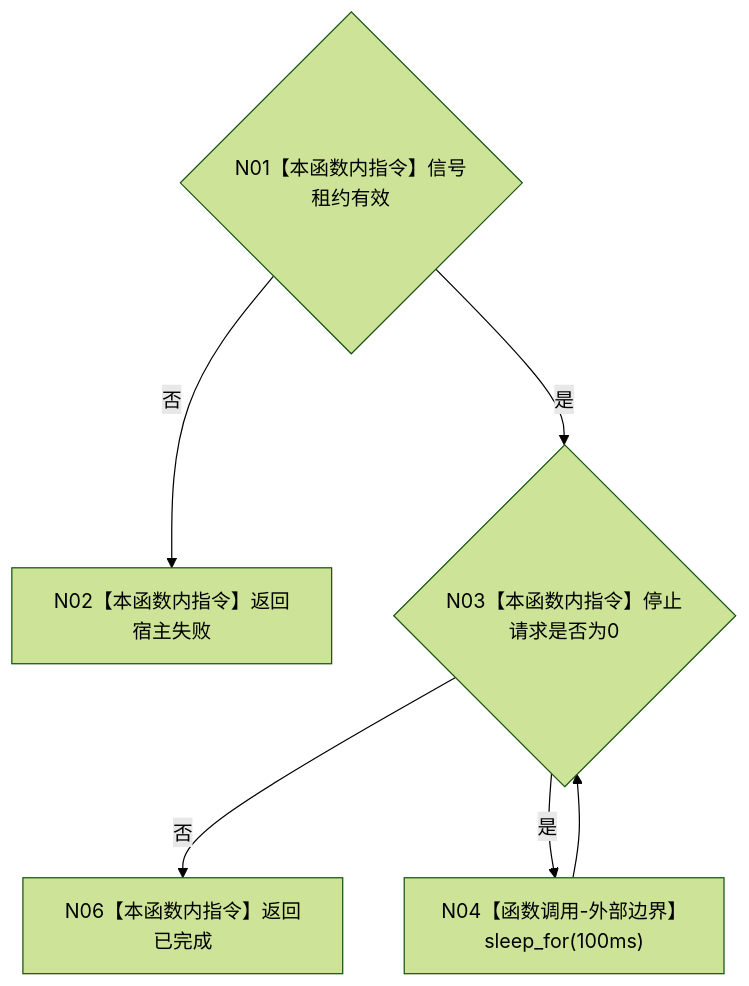
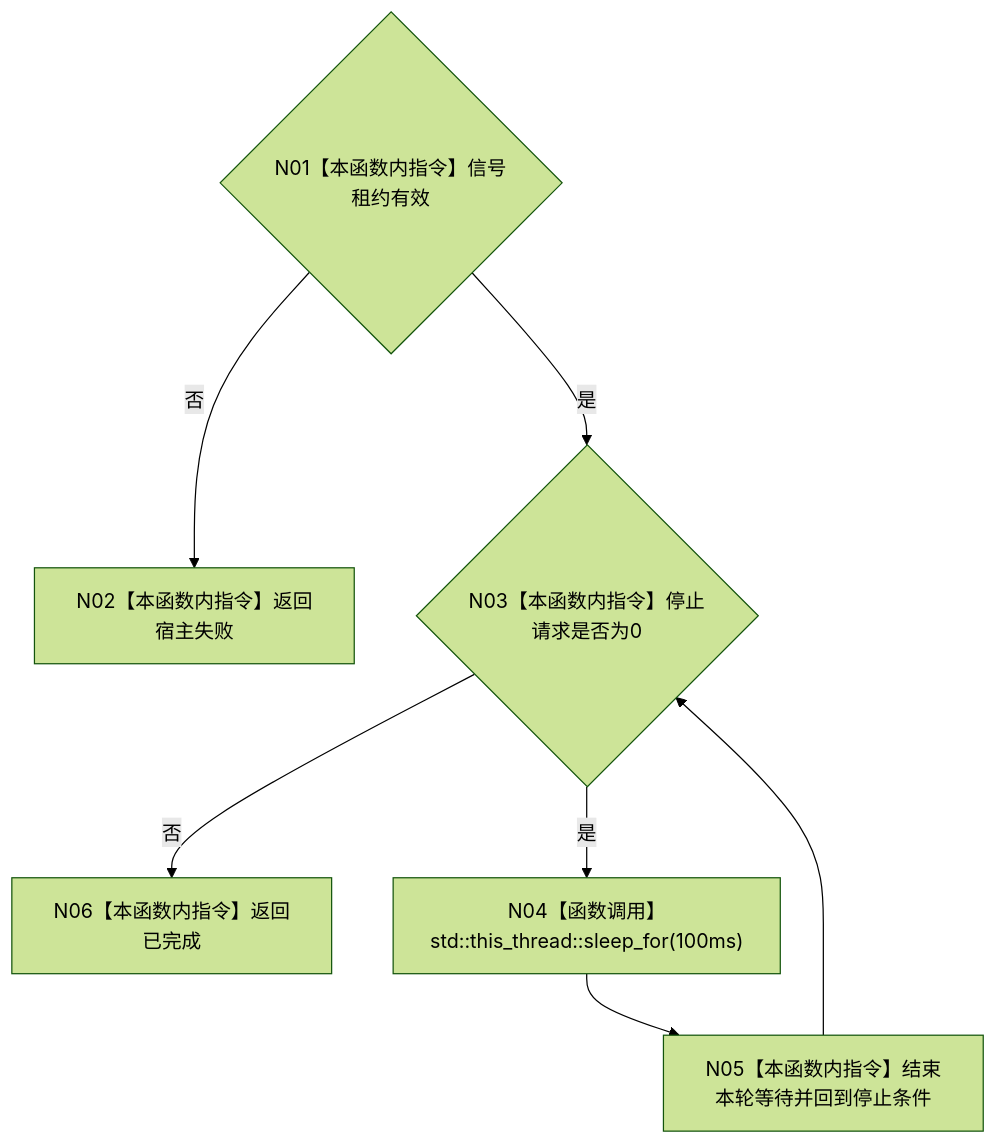
Before and after one commit to chunhaizh-cyber/HY-Ego: the diagram in 流程图/20260726_ENTRY-ONLY_F14_运行无窗口宿主_施工流程图_v0.1.md, drawn with Mermaid (forest theme). The commit also changed other lines of this file and 54 other files, not shown here.

````diff
--- a/流程图/20260726_ENTRY-ONLY_F14_运行无窗口宿主_施工流程图_v0.1.md
+++ b/流程图/20260726_ENTRY-ONLY_F14_运行无窗口宿主_施工流程图_v0.1.md
@@ -28,8 +28,9 @@
 ```mermaid
 flowchart TD
     N01{"N01【本函数内指令】信号租约有效"} -- "否" --> N02["N02【本函数内指令】返回宿主失败"]
     N01 -- "是" --> N03{"N03【本函数内指令】停止请求是否为0"}
     N03 -- "否" --> N06["N06【本函数内指令】返回已完成"]
-    N03 -- "是" --> N04["N04【函数调用-外部边界】sleep_for(100ms)"]
-    N04 --> N03
+    N03 -- "是" --> N04["N04【函数调用】std::this_thread::sleep_for(100ms)"]
+    N04 --> N05["N05【本函数内指令】结束本轮等待并回到停止条件"]
+    N05 --> N03
 ```
````
